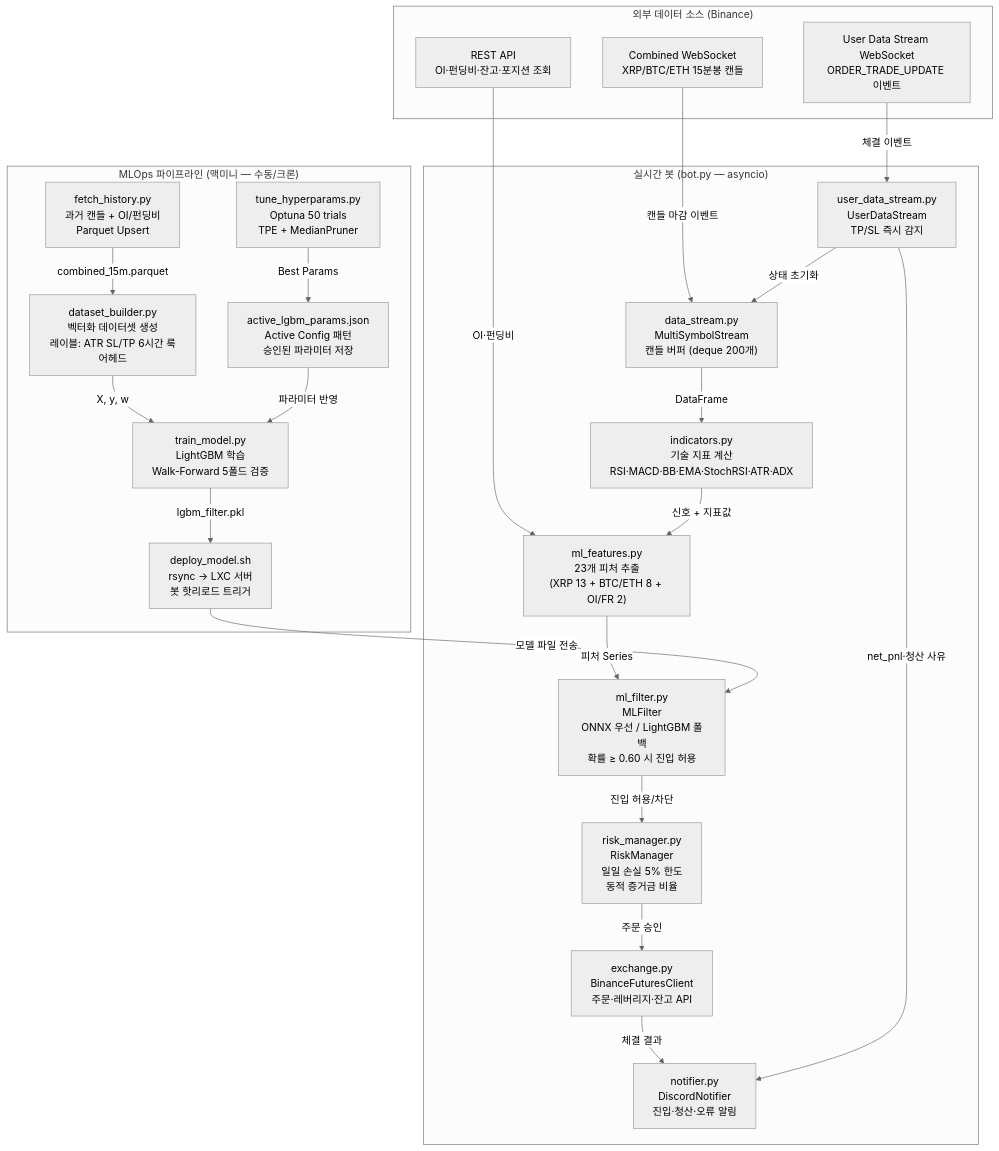
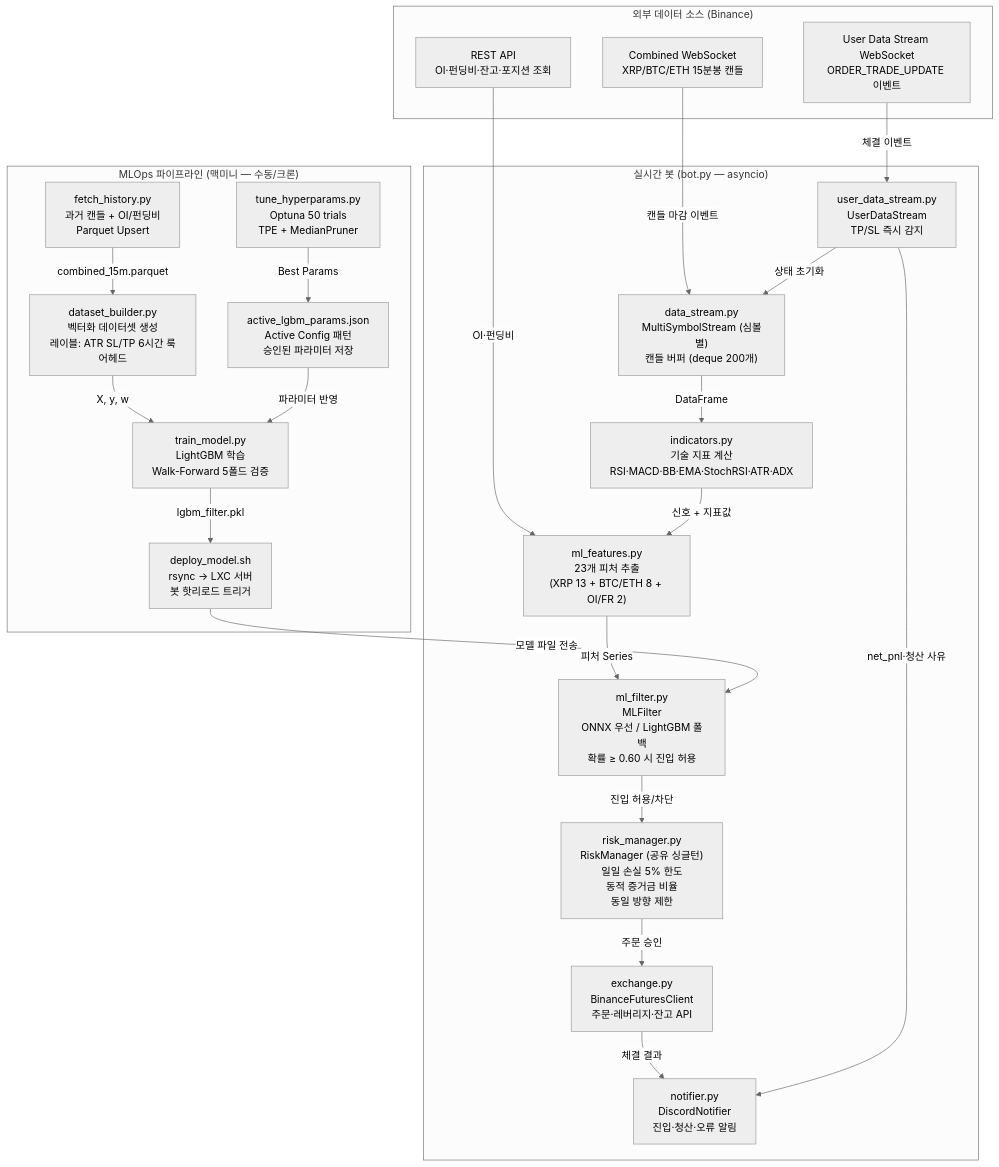
Before and after one commit to 21in7/cointrader: the first of 4 diagrams in ARCHITECTURE.md, drawn with Mermaid (neutral theme). The commit also changed other lines of this file and 1 other file, not shown here.

Commit message:
docs: update README and ARCHITECTURE for multi-symbol trading

````diff
--- a/ARCHITECTURE.md
+++ b/ARCHITECTURE.md
@@ -24,47 +39,47 @@
 ```mermaid
 flowchart TD
     subgraph 외부["외부 데이터 소스 (Binance)"]
         WS1["Combined WebSocket<br/>XRP/BTC/ETH 15분봉 캔들"]
         WS2["User Data Stream WebSocket<br/>ORDER_TRADE_UPDATE 이벤트"]
         REST["REST API<br/>OI·펀딩비·잔고·포지션 조회"]
     end
 
     subgraph 실시간봇["실시간 봇 (bot.py — asyncio)"]
-        DS["data_stream.py<br/>MultiSymbolStream<br/>캔들 버퍼 (deque 200개)"]
+        DS["data_stream.py<br/>MultiSymbolStream (심볼별)<br/>캔들 버퍼 (deque 200개)"]
         IND["indicators.py<br/>기술 지표 계산<br/>RSI·MACD·BB·EMA·StochRSI·ATR·ADX"]
         MF["ml_features.py<br/>23개 피처 추출<br/>(XRP 13 + BTC/ETH 8 + OI/FR 2)"]
         ML["ml_filter.py<br/>MLFilter<br/>ONNX 우선 / LightGBM 폴백<br/>확률 ≥ 0.60 시 진입 허용"]
-        RM["risk_manager.py<br/>RiskManager<br/>일일 손실 5% 한도<br/>동적 증거금 비율"]
+        RM["risk_manager.py<br/>RiskManager (공유 싱글턴)<br/>일일 손실 5% 한도<br/>동적 증거금 비율<br/>동일 방향 제한"]
         EX["exchange.py<br/>BinanceFuturesClient<br/>주문·레버리지·잔고 API"]
         UDS["user_data_stream.py<br/>UserDataStream<br/>TP/SL 즉시 감지"]
         NT["notifier.py<br/>DiscordNotifier<br/>진입·청산·오류 알림"]
     end
 
     subgraph mlops["MLOps 파이프라인 (맥미니 — 수동/크론)"]
         FH["fetch_history.py<br/>과거 캔들 + OI/펀딩비<br/>Parquet Upsert"]
         DB["dataset_builder.py<br/>벡터화 데이터셋 생성<br/>레이블: ATR SL/TP 6시간 룩어헤드"]
         TM["train_model.py<br/>LightGBM 학습<br/>Walk-Forward 5폴드 검증"]
         TN["tune_hyperparams.py<br/>Optuna 50 trials<br/>TPE + MedianPruner"]
         AP["active_lgbm_params.json<br/>Active Config 패턴<br/>승인된 파라미터 저장"]
         DM["deploy_model.sh<br/>rsync → LXC 서버<br/>봇 핫리로드 트리거"]
     end
 
     WS1 -->|캔들 마감 이벤트| DS
     WS2 -->|체결 이벤트| UDS
     REST -->|OI·펀딩비| MF
     DS -->|DataFrame| IND
     IND -->|신호 + 지표값| MF
     MF -->|피처 Series| ML
     ML -->|진입 허용/차단| RM
     RM -->|주문 승인| EX
     EX -->|체결 결과| NT
     UDS -->|net_pnl·청산 사유| NT
     UDS -->|상태 초기화| DS
 
     FH -->|combined_15m.parquet| DB
     DB -->|X, y, w| TM
     TM -->|lgbm_filter.pkl| DM
     TN -->|Best Params| AP
     AP -->|파라미터 반영| TM
     DM -->|모델 파일 전송| ML
 ```
````
